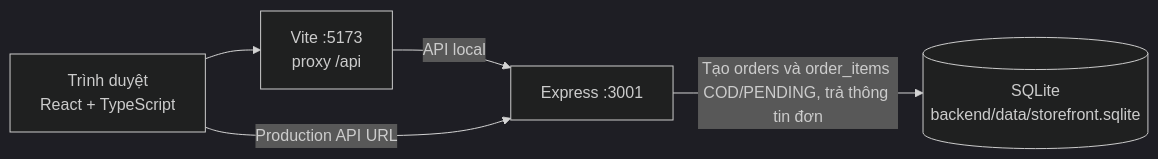
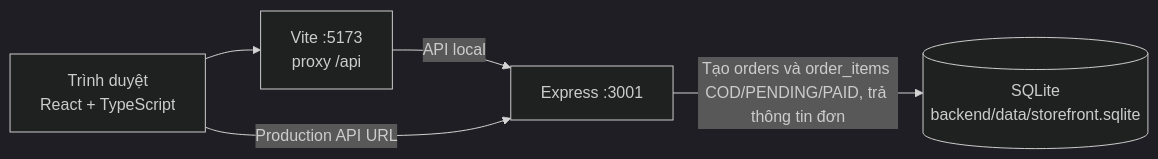
One commit to lobinh1101-commits/Dongo-Storefront changed the diagram in docs/HUONG_DAN_TRIEN_KHAI_VA_QUAN_TRI.md. Above: the diagram before and after it, drawn with Mermaid (dark theme). The commit also changed other lines of this file and 13 other files, not shown here.

````diff
--- a/docs/HUONG_DAN_TRIEN_KHAI_VA_QUAN_TRI.md
+++ b/docs/HUONG_DAN_TRIEN_KHAI_VA_QUAN_TRI.md
@@ -20,11 +20,11 @@
 ```mermaid
 flowchart LR
     Browser[Trình duyệt<br/>React + TypeScript]
     Vite[Vite :5173<br/>proxy /api]
     API[Express :3001]
     SQLite[(SQLite<br/>backend/data/storefront.sqlite)]
     Browser --> Vite
     Vite -->|API local| API
     Browser -->|Production API URL| API
-    API -->|Tạo orders và order_items COD/PENDING, trả thông tin đơn| SQLite
+    API -->|Tạo orders và order_items COD/PENDING/PAID, trả thông tin đơn| SQLite
 ```
````
